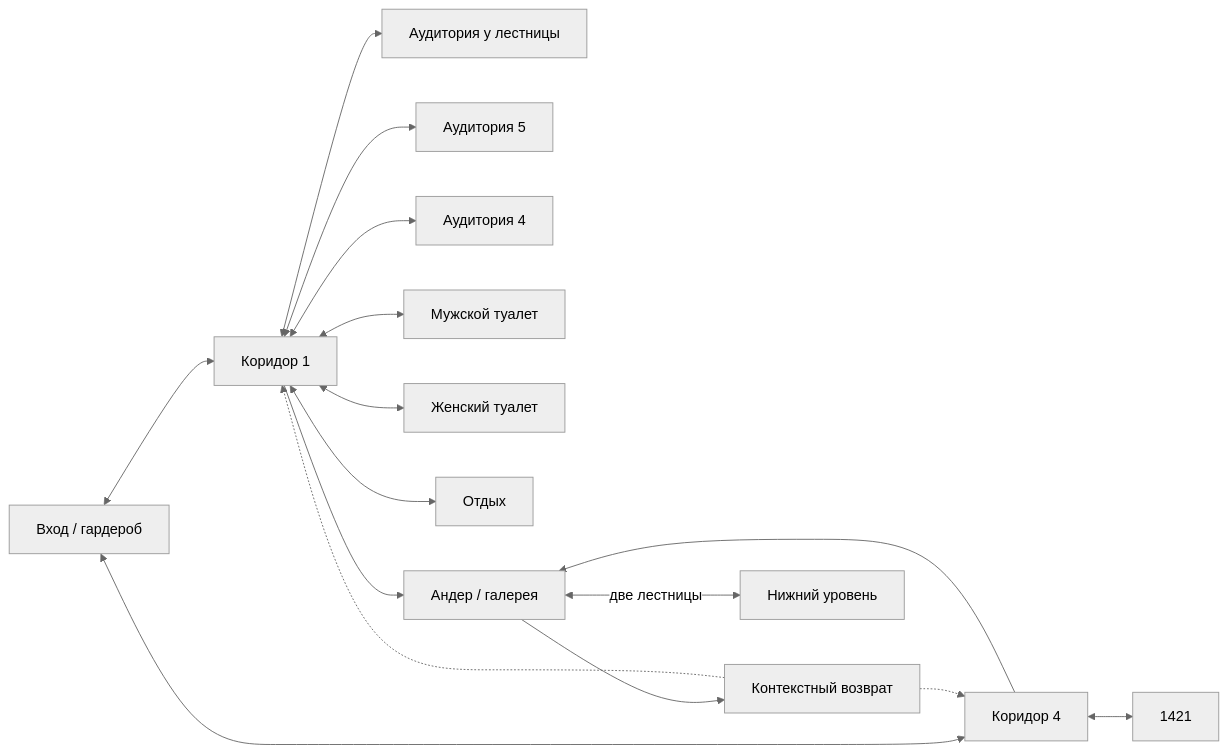
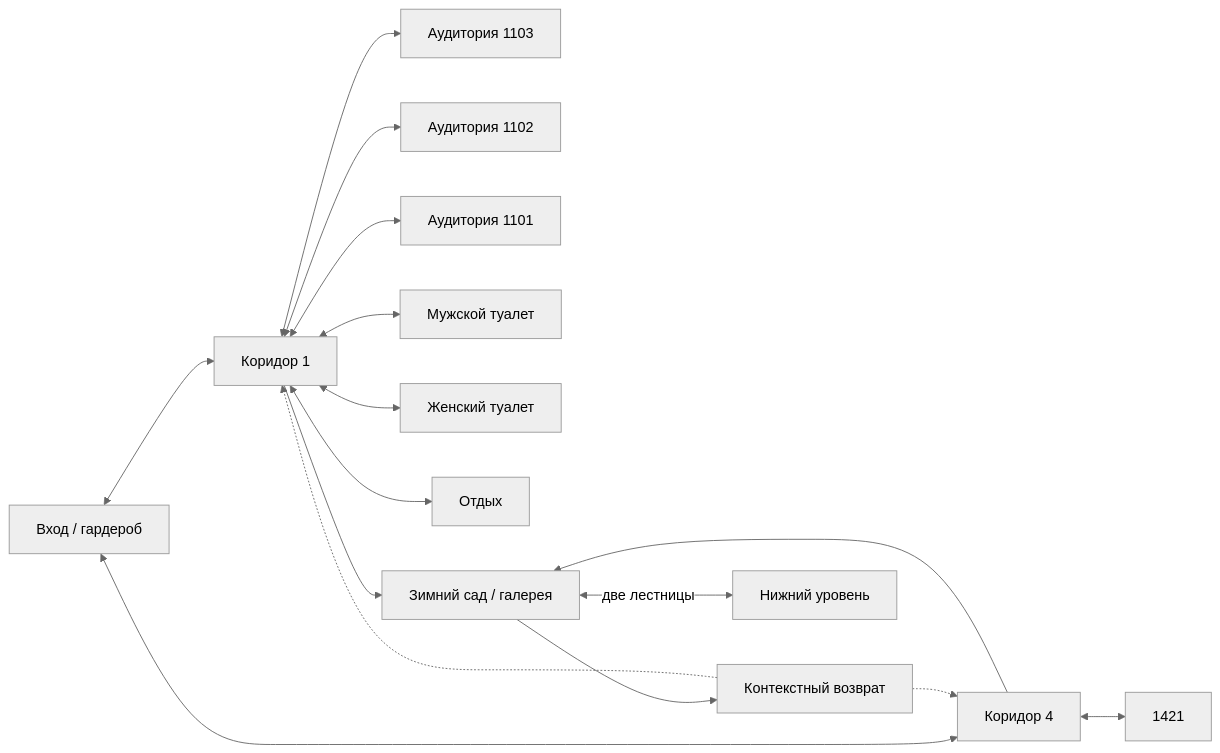
The second of 2 diagrams in docs/ARCHITECTURE.md (tilangelo/vvsu_chronicles), drawn with Mermaid (neutral theme) before and after one commit. The commit also changed other lines of this file and 99 other files, not shown here.

````diff
--- a/docs/ARCHITECTURE.md
+++ b/docs/ARCHITECTURE.md
@@ -65,18 +65,18 @@
 ```mermaid
 flowchart LR
     E["Вход / гардероб"] <--> C1["Коридор 1"]
     E <--> C4["Коридор 4"]
     C4 <--> R["1421"]
-    C1 <--> A["Аудитория у лестницы"]
-    C1 <--> B["Аудитория 5"]
-    C1 <--> C["Аудитория 4"]
+    C1 <--> A["Аудитория 1103"]
+    C1 <--> B["Аудитория 1102"]
+    C1 <--> C["Аудитория 1101"]
     C1 <--> M["Мужской туалет"]
     C1 <--> F["Женский туалет"]
     C1 <--> L["Отдых"]
-    C1 --> U["Андер / галерея"]
+    C1 --> U["Зимний сад / галерея"]
     C4 --> U
     U --> Back["Контекстный возврат"]
     Back -.-> C1
     Back -.-> C4
     U <-->|"две лестницы"| D["Нижний уровень"]
 ```
````
